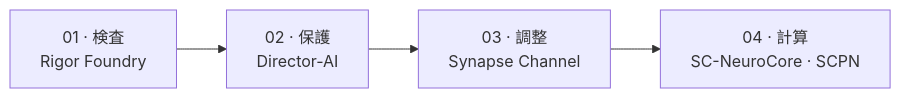
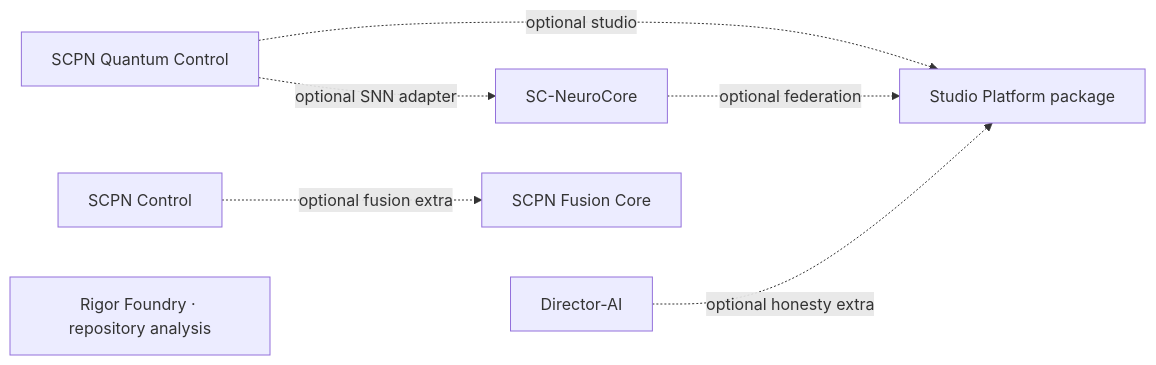
The diagram in README.ja.md (anulum/anulum), drawn with Mermaid before and after one commit. The commit also changed other lines of this file and 121 other files, not shown here.

````diff
--- a/README.ja.md
+++ b/README.ja.md
@@ -161,4 +138,9 @@
 ```mermaid
 flowchart LR
-    A["01 · 検査<br/>Rigor Foundry"] --> B["02 · 保護<br/>Director-AI"] --> C["03 · 調整<br/>Synapse Channel"] --> D["04 · 計算<br/>SC-NeuroCore · SCPN"]
+    Q["SCPN Quantum Control"] -. "optional SNN adapter" .-> N["SC-NeuroCore"]
+    Q -. "optional studio" .-> S["Studio Platform package"]
+    N -. "optional federation" .-> S
+    D["Director-AI"] -. "optional honesty extra" .-> S
+    C["SCPN Control"] -. "optional fusion extra" .-> F["SCPN Fusion Core"]
+    R["Rigor Foundry · repository analysis"]
 ```
````
